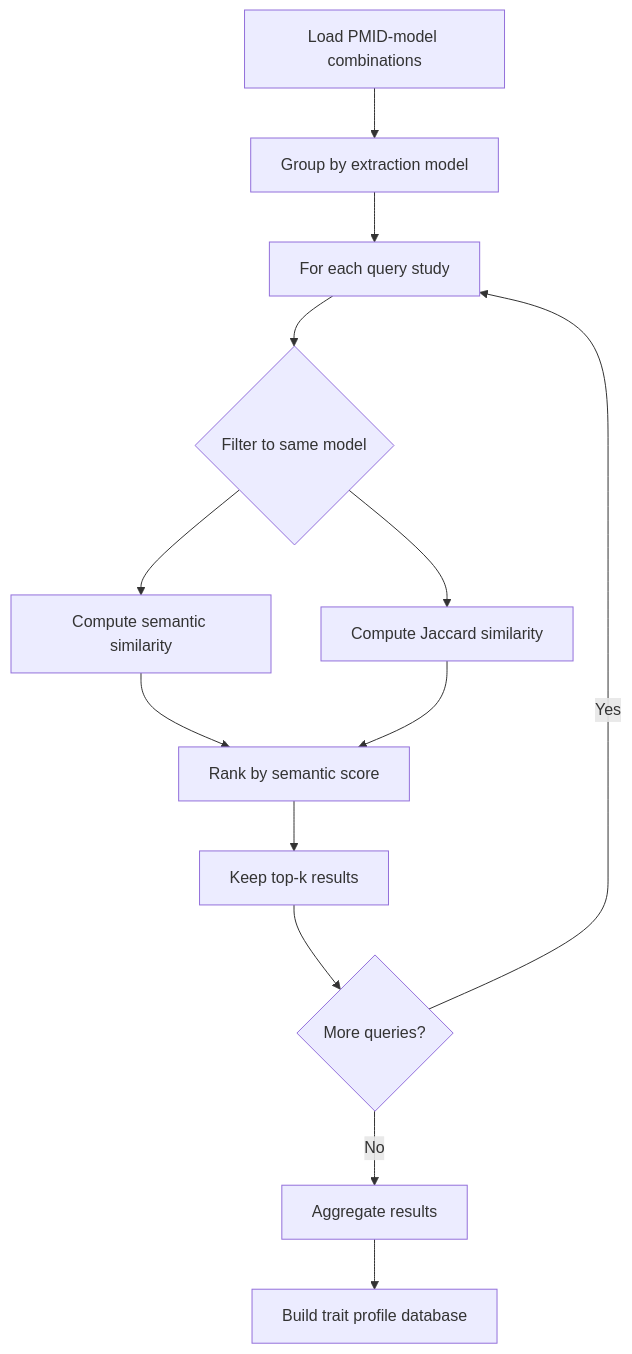
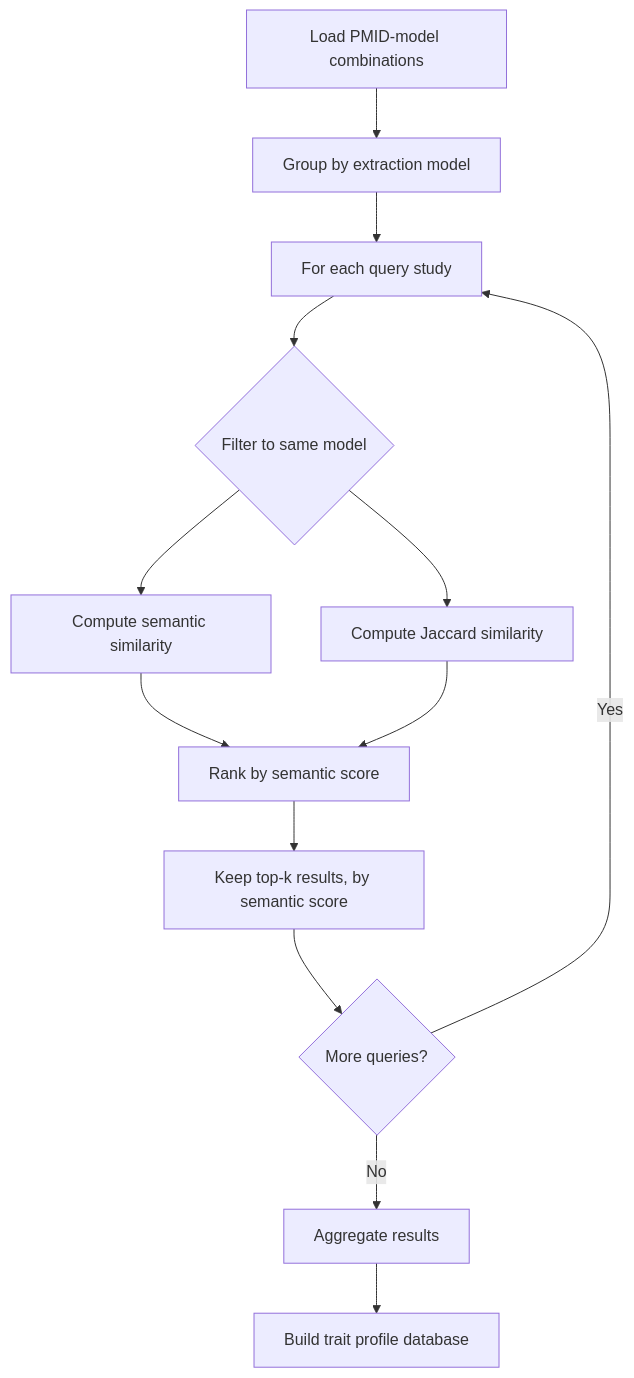
One commit to MRCIEU/mr-kg changed the diagram in processing/docs/trait-profile-similarity.md. Above: the diagram before and after it, drawn with Mermaid. The commit also changed other lines of this file and 2 other files, not shown here.

````diff
--- a/processing/docs/trait-profile-similarity.md
+++ b/processing/docs/trait-profile-similarity.md
@@ -86,15 +64,15 @@
 ```mermaid
 flowchart TD
     A[Load PMID-model combinations] --> B[Group by extraction model]
     B --> C[For each query study]
     C --> D{Filter to same model}
     D --> E[Compute semantic similarity]
     D --> F[Compute Jaccard similarity]
     E --> G[Rank by semantic score]
     F --> G
-    G --> H[Keep top-k results]
+    G --> H[Keep top-k results, by semantic score]
     H --> I{More queries?}
     I -->|Yes| C
     I -->|No| J[Aggregate results]
     J --> K[Build trait profile database]
 ```
````
